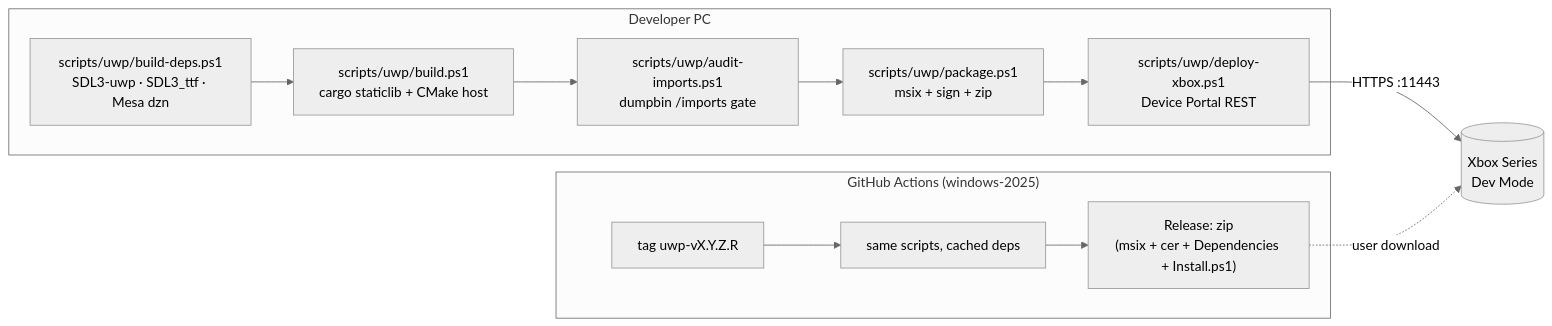
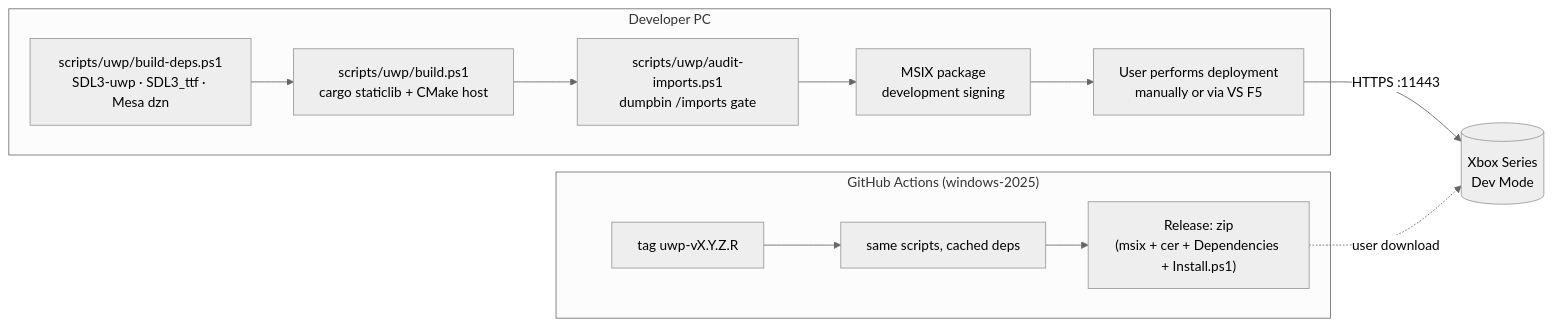
The diagram in docs/xbox-port/08-packaging-deploy.md (marcelofrau/gopher64), drawn with Mermaid (neutral theme) before and after one commit. The commit also changed other lines of this file and 41 other files, not shown here.

````diff
--- a/docs/xbox-port/08-packaging-deploy.md
+++ b/docs/xbox-port/08-packaging-deploy.md
@@ -5,14 +7,14 @@
 ```mermaid
 flowchart LR
     subgraph DEV["Developer PC"]
         BD["scripts/uwp/build-deps.ps1<br/>SDL3-uwp · SDL3_ttf · Mesa dzn"] --> B["scripts/uwp/build.ps1<br/>cargo staticlib + CMake host"]
         B --> AU["scripts/uwp/audit-imports.ps1<br/>dumpbin /imports gate"]
-        AU --> PK["scripts/uwp/package.ps1<br/>msix + sign + zip"]
-        PK --> DP["scripts/uwp/deploy-xbox.ps1<br/>Device Portal REST"]
+        AU --> PK["MSIX package<br/>development signing"]
+        PK --> DP["User performs deployment<br/>manually or via VS F5"]
     end
     subgraph CI["GitHub Actions (windows-2025)"]
         T["tag uwp-vX.Y.Z.R"] --> CB["same scripts, cached deps"] --> REL["Release: zip<br/>(msix + cer + Dependencies + Install.ps1)"]
     end
     DP -->|"HTTPS :11443"| XB[("Xbox Series<br/>Dev Mode")]
     REL -.->|"user download"| XB
 ```
````
